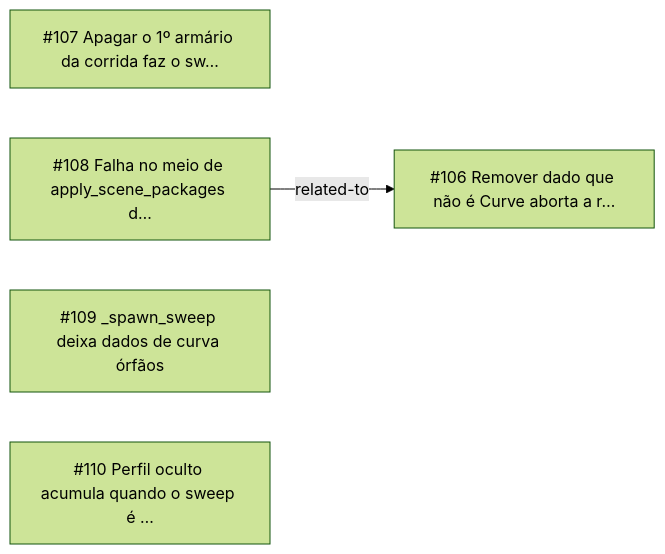
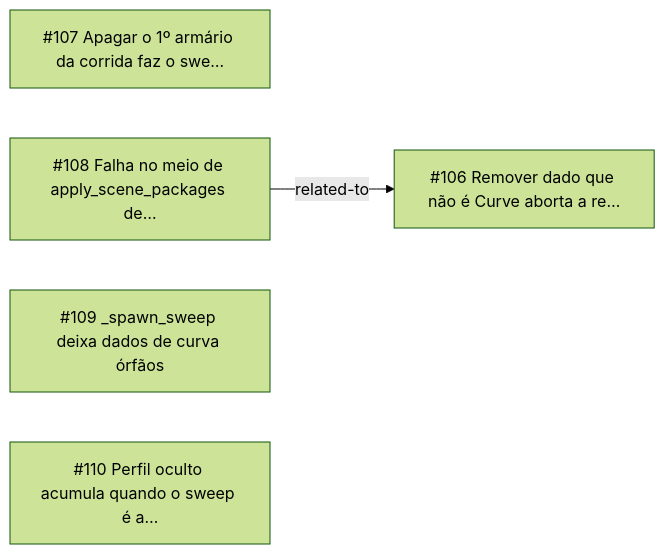
One commit to CAFFDIGITALPLATFORM/caffmob_draw changed the diagram in _reversa_bugs/molding/generated/graph.md. Above: the diagram before and after it, drawn with Mermaid (forest theme). The commit also changed other lines of this file and 220 other files, not shown here.

````diff
--- a/_reversa_bugs/molding/generated/graph.md
+++ b/_reversa_bugs/molding/generated/graph.md
@@ -5,9 +5,9 @@
 ```mermaid
 graph LR
-  BUG_20261011_VHMP["#106 Remover dado que não é Curve aborta a r…"]
-  BUG_20261011_XP5E["#107 Apagar o 1º armário da corrida faz o sw…"]
-  BUG_20261011_QT2G["#108 Falha no meio de apply_scene_packages d…"]
+  BUG_20261011_VHMP["#106 Remover dado que não é Curve aborta a re…"]
+  BUG_20261011_XP5E["#107 Apagar o 1º armário da corrida faz o swe…"]
+  BUG_20261011_QT2G["#108 Falha no meio de apply_scene_packages de…"]
   BUG_20261011_MWN5["#109 _spawn_sweep deixa dados de curva órfãos"]
-  BUG_20261011_ARCH["#110 Perfil oculto acumula quando o sweep é …"]
+  BUG_20261011_ARCH["#110 Perfil oculto acumula quando o sweep é a…"]
   BUG_20261011_QT2G -->|related-to| BUG_20261011_VHMP
 ```
````
